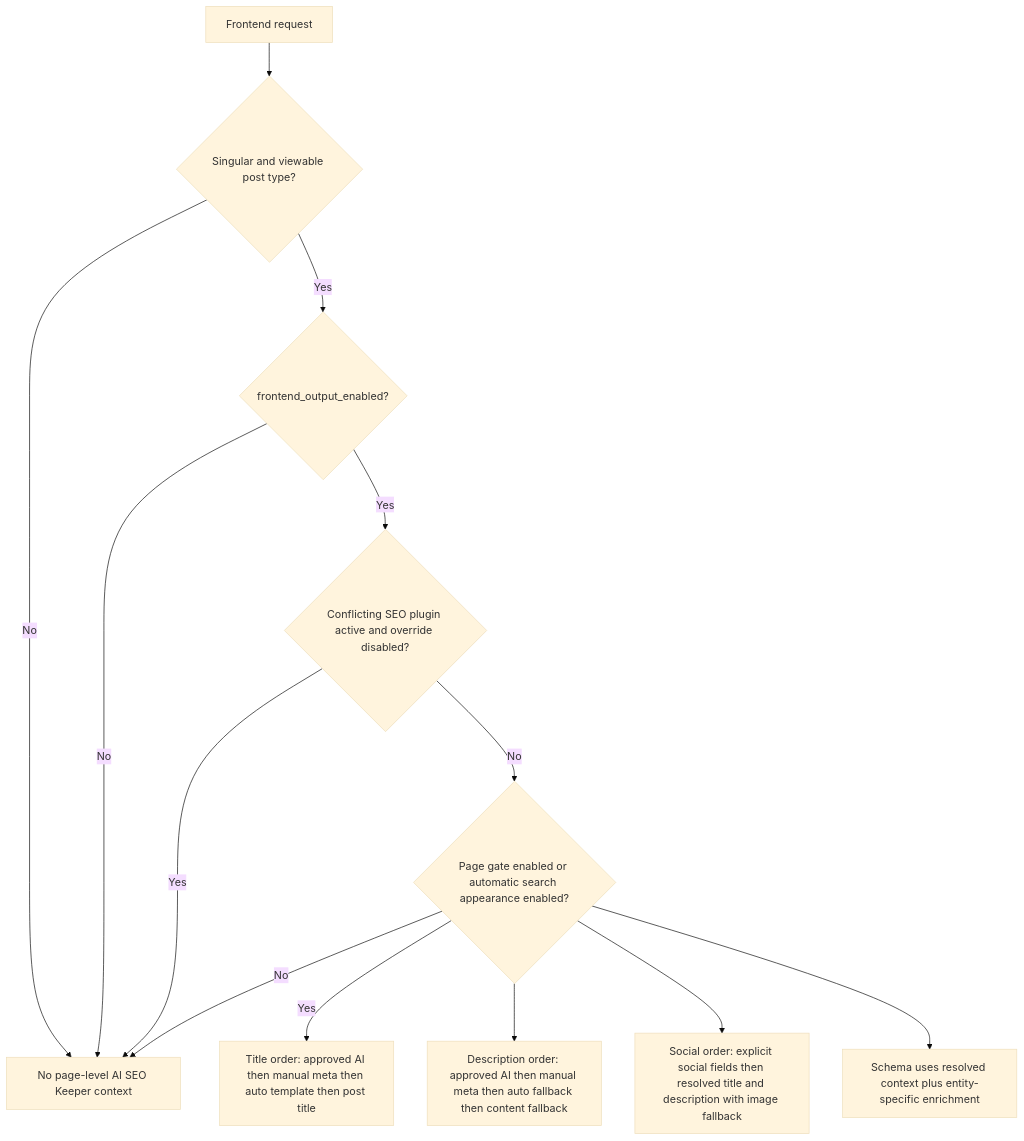
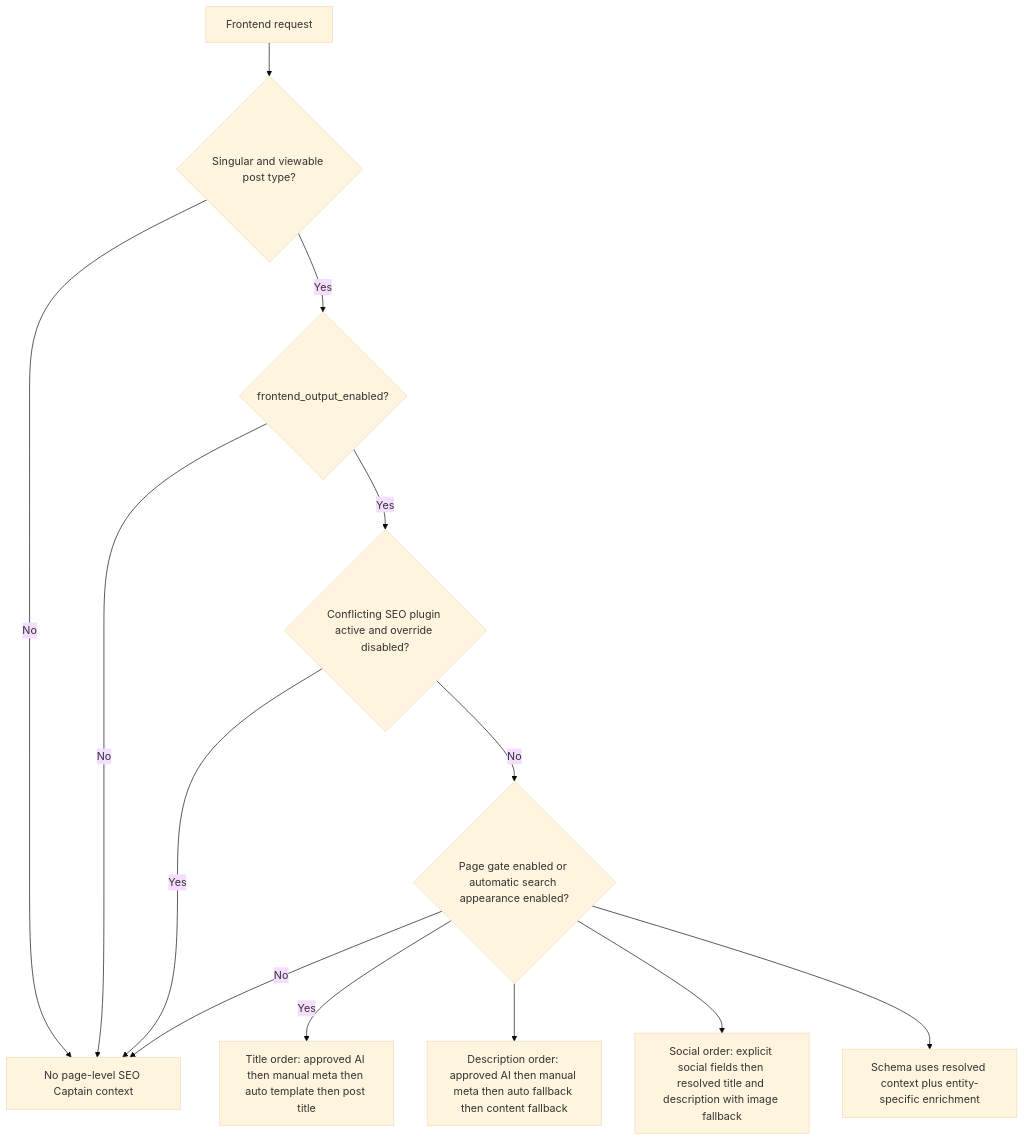
One commit to VladStef-GC/AISEO changed the second of 2 diagrams in PROJECT-HANDOFF.md. Above: the diagram before and after it, drawn with Mermaid (base theme). The commit also changed other lines of this file and 74 other files, not shown here.

First line of the commit message:
rebrand: AI SEO Keeper -> AI SEO Captain (full rename)

````diff
--- a/PROJECT-HANDOFF.md
+++ b/PROJECT-HANDOFF.md
@@ -111,15 +111,15 @@
 ```mermaid
 flowchart TD
     Request[Frontend request] --> Singular{Singular and viewable post type?}
-    Singular -- No --> Stop[No page-level AI SEO Keeper context]
+    Singular -- No --> Stop[No page-level SEO Captain context]
     Singular -- Yes --> Global{frontend_output_enabled?}
     Global -- No --> Stop
     Global -- Yes --> Conflict{Conflicting SEO plugin active and override disabled?}
     Conflict -- Yes --> Stop
     Conflict -- No --> Access{Page gate enabled or automatic search appearance enabled?}
     Access -- No --> Stop
     Access -- Yes --> TitleOrder[Title order: approved AI then manual meta then auto template then post title]
     Access --> DescriptionOrder[Description order: approved AI then manual meta then auto fallback then content fallback]
     Access --> SocialOrder[Social order: explicit social fields then resolved title and description with image fallback]
     Access --> SchemaOrder[Schema uses resolved context plus entity-specific enrichment]
 ```
````
